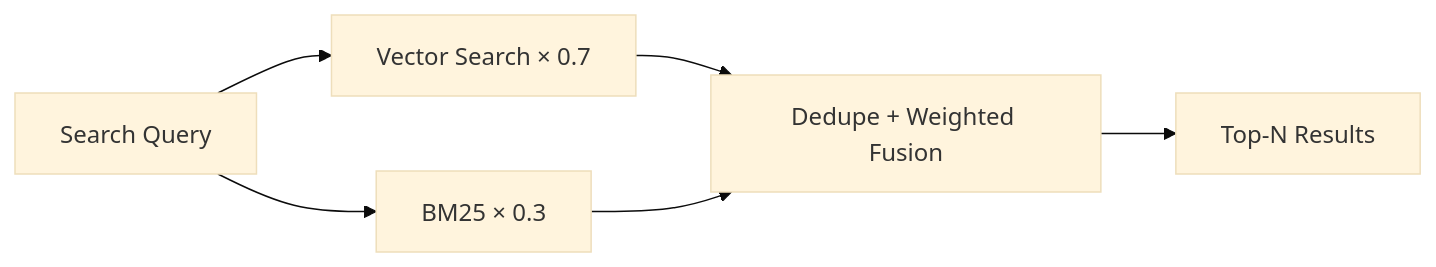
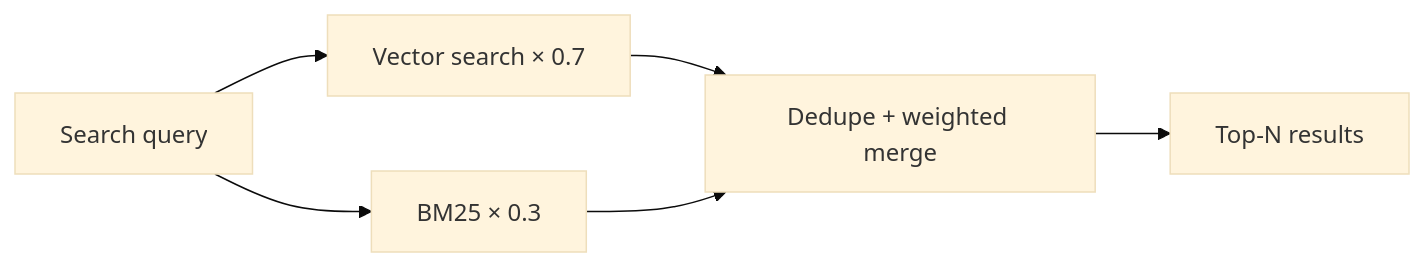
One commit to lllyyysss77/ReMe changed the fourth of 5 diagrams in README.md. Above: the diagram before and after it, drawn with Mermaid (base theme). The commit also changed other lines of this file, not shown here.

````diff
--- a/README.md
+++ b/README.md
@@ -379,8 +251,8 @@
 ```mermaid
 graph LR
-    Q[Search Query] --> V[Vector Search × 0.7]
-    Q --> B[BM25 × 0.3]
-    V --> M[Dedupe + Weighted Fusion]
-    B --> M
-    M --> R[Top-N Results]
+    Q[Search query] --> V[Vector search × 0.7]
+Q --> B[BM25 × 0.3]
+V --> M[Dedupe + weighted merge]
+B --> M
+M --> R[Top-N results]
 ```
````
